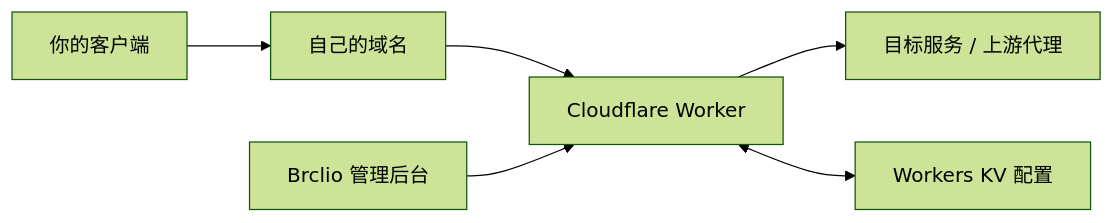
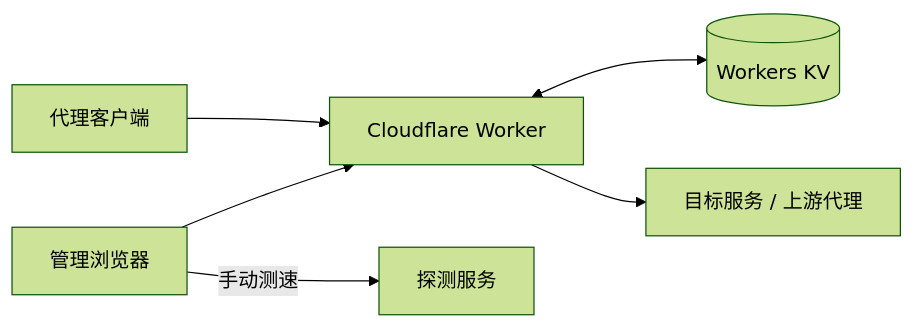
The diagram in README.md (Brclio/brclio-cloudflare-tz), drawn with Mermaid (forest theme) before and after one commit. The commit also changed other lines of this file and 33 other files, not shown here.

````diff
--- a/README.md
+++ b/README.md
@@ -32,8 +148,8 @@
 ```mermaid
 flowchart LR
-    A[你的客户端] --> B[自己的域名]
-    B --> C[Cloudflare Worker]
-    C --> D[目标服务 / 上游代理]
-    E[Brclio 管理后台] --> C
-    C <--> F[Workers KV 配置]
+    A[管理浏览器] --> W[Cloudflare Worker]
+    C[代理客户端] --> W
+    W <--> K[(Workers KV)]
+    W --> T[目标服务 / 上游代理]
+    A -- 手动测速 --> P[探测服务]
 ```
````
